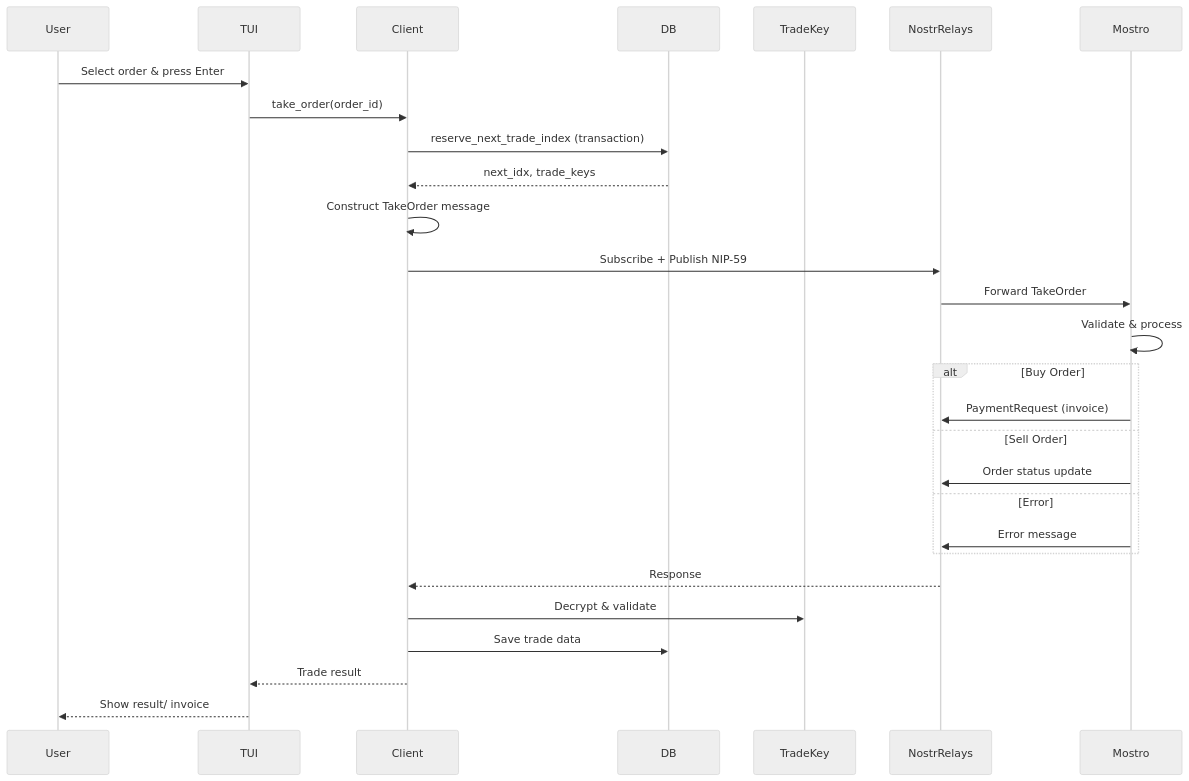
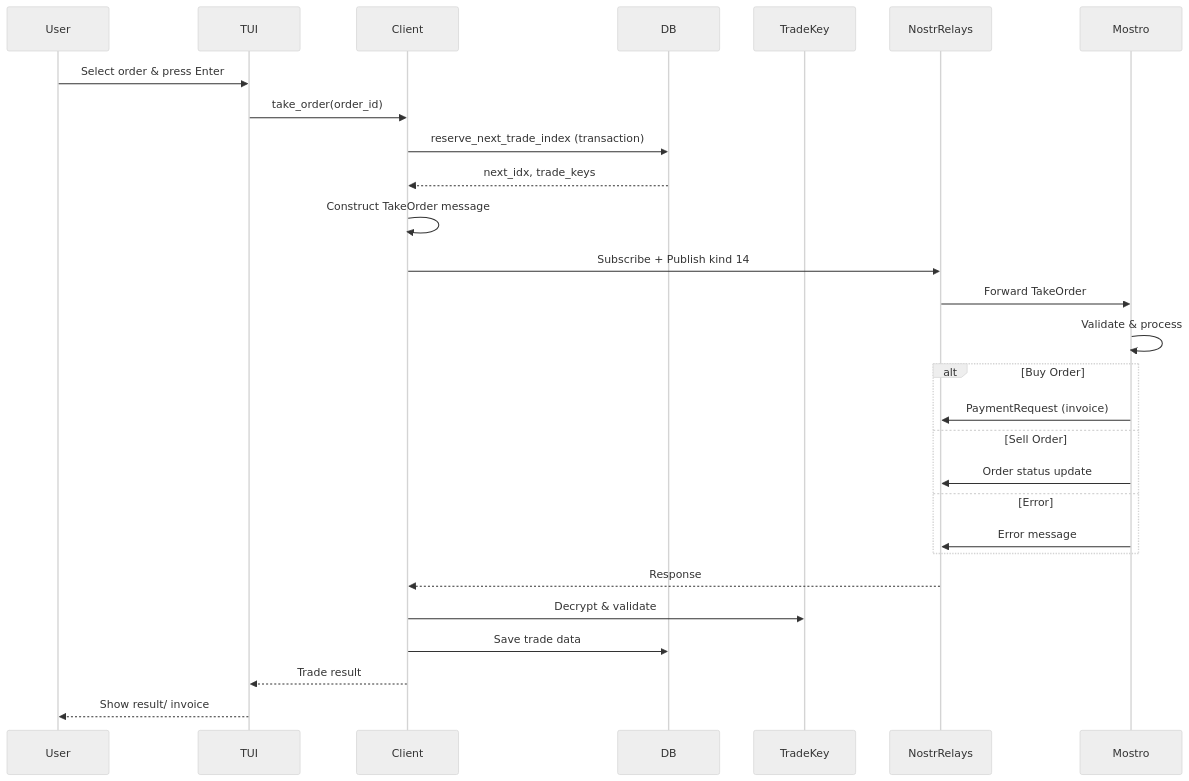
Before and after one commit to MostroP2P/mostrix: the second of 7 diagrams in docs/MESSAGE_FLOW_AND_PROTOCOL.md, drawn with Mermaid (neutral theme). The commit also changed other lines of this file and 5 other files, not shown here.

````diff
--- a/docs/MESSAGE_FLOW_AND_PROTOCOL.md
+++ b/docs/MESSAGE_FLOW_AND_PROTOCOL.md
@@ -189,31 +188,31 @@
 ```mermaid
 sequenceDiagram
     participant User
     participant TUI
     participant Client
     participant DB
     participant TradeKey
     participant NostrRelays
     participant Mostro
 
     User->>TUI: Select order & press Enter
     TUI->>Client: take_order(order_id)
     Client->>DB: reserve_next_trade_index (transaction)
     DB-->>Client: next_idx, trade_keys
     Client->>Client: Construct TakeOrder message
-    Client->>NostrRelays: Subscribe + Publish NIP-59
+    Client->>NostrRelays: Subscribe + Publish kind 14
     NostrRelays->>Mostro: Forward TakeOrder
     Mostro->>Mostro: Validate & process
     alt Buy Order
         Mostro->>NostrRelays: PaymentRequest (invoice)
     else Sell Order
         Mostro->>NostrRelays: Order status update
     else Error
         Mostro->>NostrRelays: Error message
     end
     NostrRelays-->>Client: Response
     Client->>TradeKey: Decrypt & validate
     Client->>DB: Save trade data
     Client-->>TUI: Trade result
     TUI-->>User: Show result/ invoice
 ```
````
